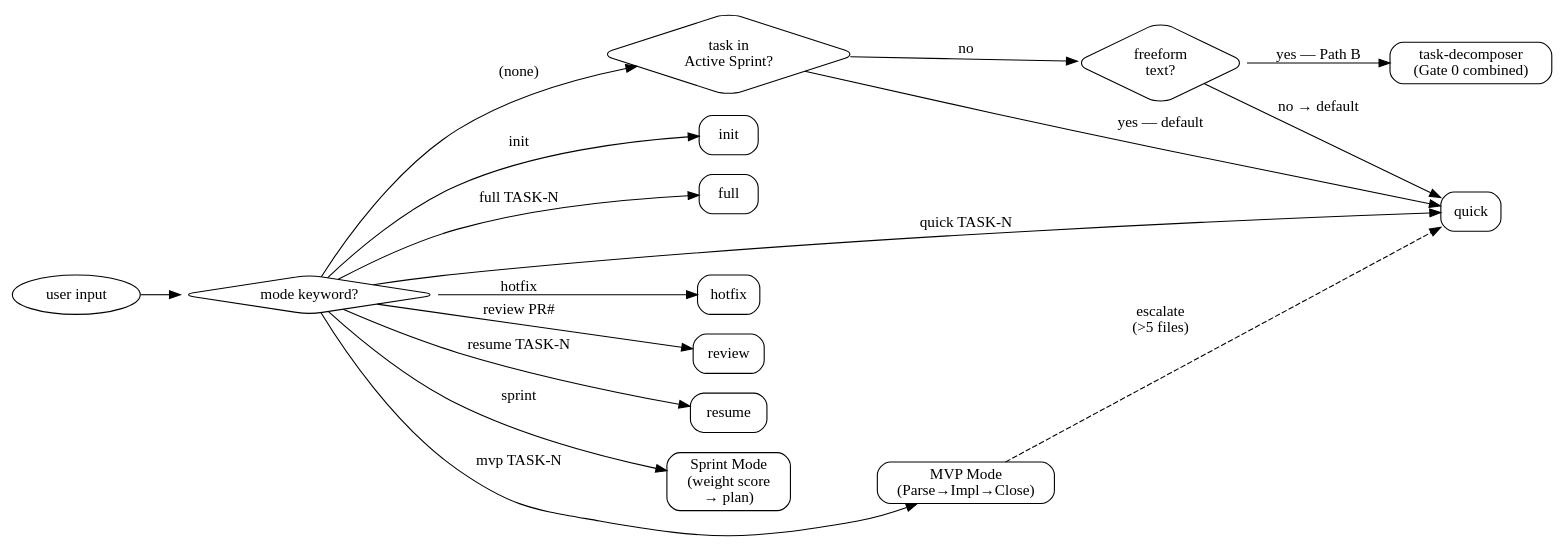
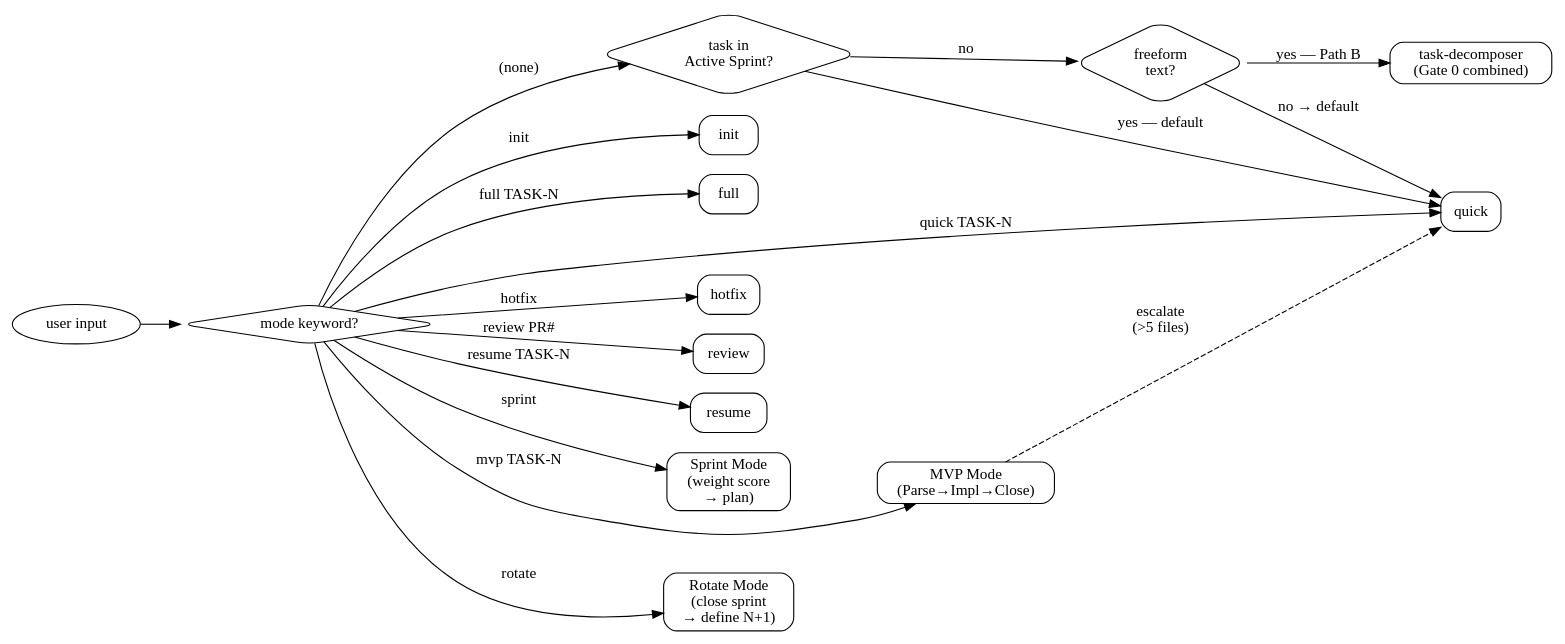
One commit to aldianriski/dev-flow changed the diagram in .claude/skills/dev-flow/SKILL.md. Above: the diagram before and after it, drawn with Graphviz. The commit also changed other lines of this file and 6 other files, not shown here.

First line of the commit message:
feat(workflow): rotate mode + task-decomposer Backlog alignment + sprint 25 close

````diff
--- a/.claude/skills/dev-flow/SKILL.md
+++ b/.claude/skills/dev-flow/SKILL.md
@@ -30,28 +31,30 @@
 ```dot
 digraph dev_flow {
   rankdir=LR; node [shape=box, style=rounded];
   input [shape=ellipse, label="user input"];
   kw    [shape=diamond, label="mode keyword?"];
   task  [shape=diamond, label="task in\nActive Sprint?"];
   free  [shape=diamond, label="freeform\ntext?"];
 
   input -> kw;
   kw -> init   [label="init"];
   kw -> full   [label="full TASK-N"];
   kw -> quick  [label="quick TASK-N"];
   kw -> hotfix [label="hotfix"];
   kw -> review [label="review PR#"];
   kw -> resume [label="resume TASK-N"];
-  kw -> sprint [label="sprint"];
-  kw -> mvp   [label="mvp TASK-N"];
+  kw -> sprint  [label="sprint"];
+  kw -> mvp    [label="mvp TASK-N"];
+  kw -> rotate [label="rotate"];
   kw -> task   [label="(none)"];
+  rotate [label="Rotate Mode\n(close sprint\n→ define N+1)"];
   mvp [label="MVP Mode\n(Parse→Impl→Close)"];
   mvp -> quick [label="escalate\n(>5 files)", style=dashed];
   task -> quick     [label="yes — default"];
   task -> free      [label="no"];
   free -> decompose [label="yes — Path B"];
   free -> quick     [label="no → default"];
   decompose [label="task-decomposer\n(Gate 0 combined)"];
   sprint [label="Sprint Mode\n(weight score\n→ plan)"];
 }
 ```
````
